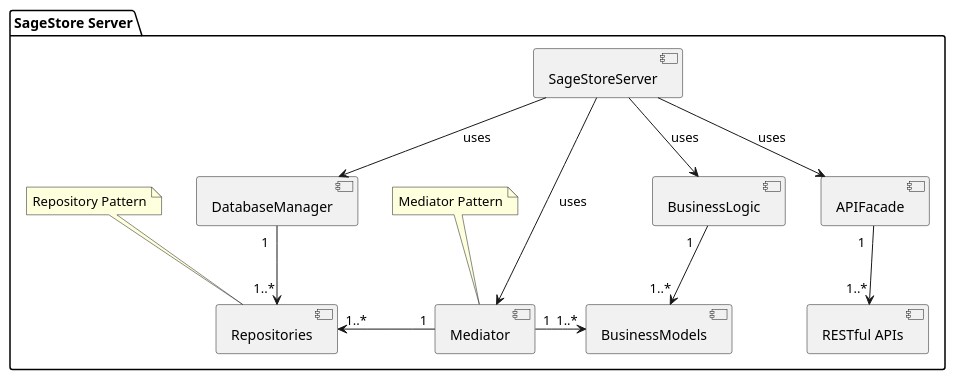
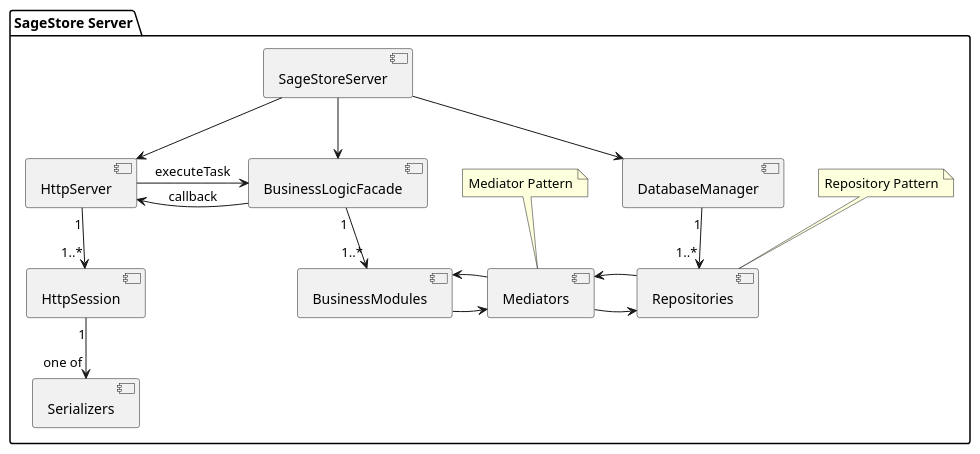
One commit to Sage-Cat/SageStore changed the diagram in docs/server/plantuml/Server_Design.puml. Above: the diagram before and after it, drawn with PlantUML. The commit also changed 34 other files, not shown here.

```diff
--- a/docs/server/plantuml/Server_Design.puml
+++ b/docs/server/plantuml/Server_Design.puml
@@ -1,33 +1,41 @@
 @startuml
 skinparam componentStyle uml2
 
 package "SageStore Server" {
-    [SageStoreServer] as SSS
-    [APIFacade] as AF
-    [BusinessLogic] as BL
+    [SageStoreServer] as SSS 
+    [HttpServer] as HSer 
+    [HttpSession] as HSes 
+    [Serializers] as S 
+    [BusinessLogicFacade] as BLF 
+    [BusinessModules] as BM 
+    [Mediators] as M 
     [DatabaseManager] as DM
-    [Mediator] as M
-    [BusinessModels] 
-    [Repositories] 
+    [Repositories] as R  
 
-    SSS -down-> AF : uses
-    SSS -down-> BL : uses
-    SSS -down-> DM : uses
-    SSS -down-> M : uses
+    SSS -down-> HSer 
+    SSS -down-> BLF 
+    SSS -down-> DM
 
-    AF -down-> [RESTful APIs] : "1  "   "1..*"
-    BL -down-> [BusinessModels] : "1   "   "1..*"
-    DM -down-> [Repositories] : "1  "   "1..*"
-    M -right-> [BusinessModels] : "1"   "1..*"
-    M -left-> [Repositories] : "1"   "1..*"
+    HSer -right-> BLF : "executeTask"
+    HSer <-right- BLF : "callback"
 
-    BL -[hidden]right-> AF
+    HSer "1"-down->"1..*" HSes
+    HSes "1"-down->"one of" S 
+
+    BLF "1"-down->"1..*" BM
+
+    DM "1"-down->"1..*" R 
+
+    BM -right-> M
+    BM <-right- M 
+    M -right-> R 
+    M <-right- R
 
     note "Mediator Pattern" as MediatorNote
     MediatorNote .. M
 
     note "Repository Pattern" as RepoNote
-    RepoNote .. [Repositories]
+    RepoNote .. R
 }
 
 @enduml
```
